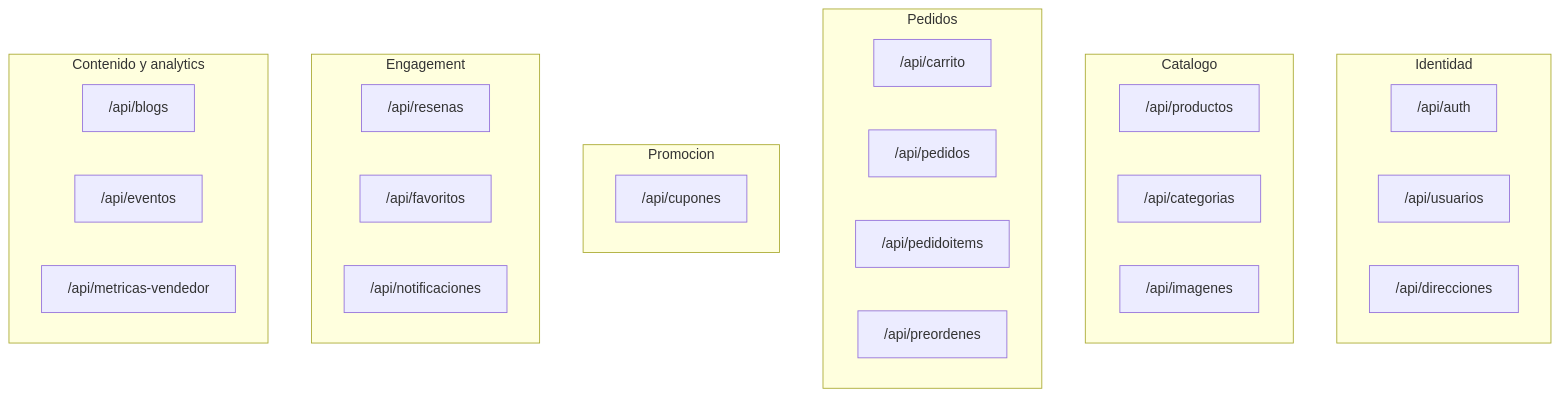
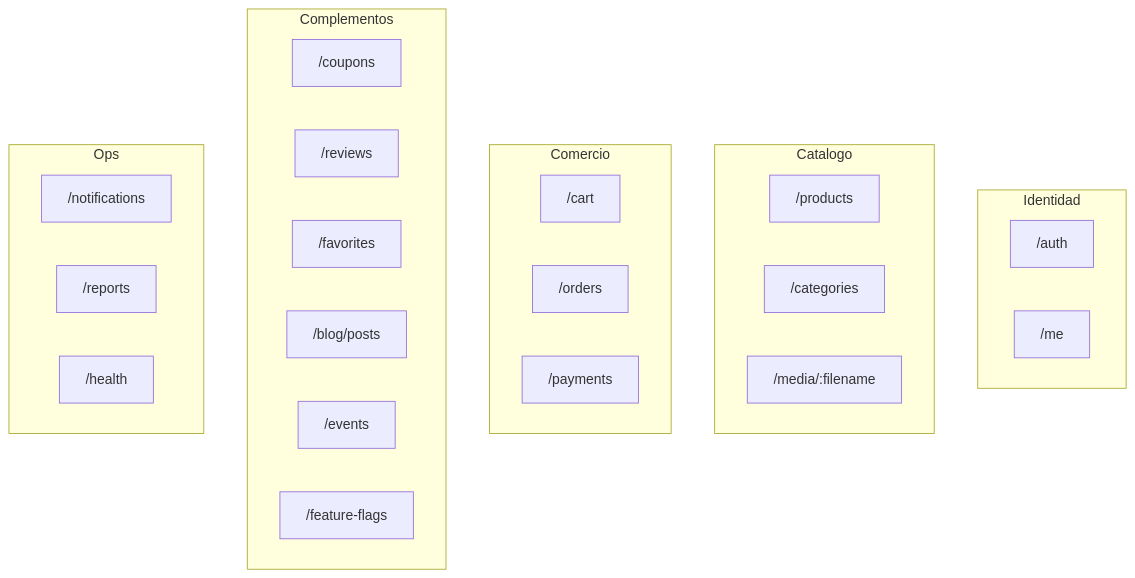
The diagram in docs/05-CONTRATO-API.md (julianmeoficial/minimalecommerceapi), drawn with Mermaid before and after one commit. The commit also changed other lines of this file and 19 other files, not shown here.

````diff
--- a/docs/05-CONTRATO-API.md
+++ b/docs/05-CONTRATO-API.md
@@ -9,37 +8,34 @@
 ```mermaid
 flowchart TB
   subgraph identity [Identidad]
-    A["/api/auth"]
-    U["/api/usuarios"]
-    D["/api/direcciones"]
+    A["/auth"]
+    Me["/me"]
   end
 
   subgraph catalog [Catalogo]
-    P["/api/productos"]
-    Cat["/api/categorias"]
-    I["/api/imagenes"]
+    P["/products"]
+    Cat["/categories"]
+    Media["/media/:filename"]
   end
 
-  subgraph ordering [Pedidos]
-    Cart["/api/carrito"]
-    Ped["/api/pedidos"]
-    Pi["/api/pedidoitems"]
-    Pre["/api/preordenes"]
+  subgraph ordering [Comercio]
+    Cart["/cart"]
+    Ord["/orders"]
+    Pay["/payments"]
   end
 
-  subgraph promo [Promocion]
-    Cup["/api/cupones"]
+  subgraph complements [Complementos]
+    Cup["/coupons"]
+    Rev["/reviews"]
+    Fav["/favorites"]
+    Blog["/blog/posts"]
+    Ev["/events"]
+    FF["/feature-flags"]
   end
 
-  subgraph engage [Engagement]
-    R["/api/resenas"]
-    F["/api/favoritos"]
-    N["/api/notificaciones"]
-  end
-
-  subgraph extra [Contenido y analytics]
-    B["/api/blogs"]
-    E["/api/eventos"]
-    M["/api/metricas-vendedor"]
+  subgraph other [Ops]
+    N["/notifications"]
+    R["/reports"]
+    H["/health"]
   end
 ```
````
